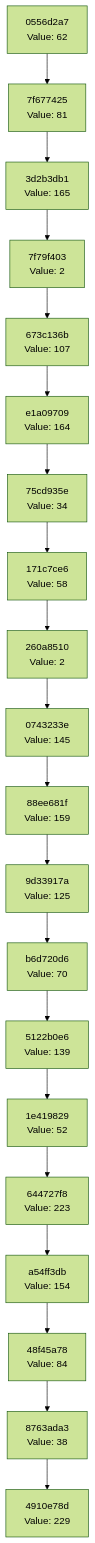
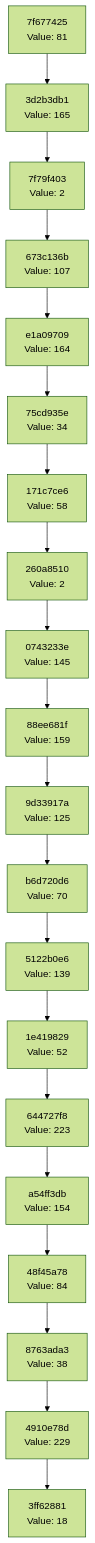
The diagram in docs/CHAIN_VISUALIZATION.md (Abhisheksinha1506/hash-chain-evolver), drawn with Mermaid (forest theme) before and after one commit. The commit also changed 3 other files, not shown here.

````diff
--- a/docs/CHAIN_VISUALIZATION.md
+++ b/docs/CHAIN_VISUALIZATION.md
@@ -3,42 +3,42 @@
 ```mermaid
 graph TD
-    C0["4910e78d<br/>Value: 229"]
-    C1["8763ada3<br/>Value: 38"]
+    C0["3ff62881<br/>Value: 18"]
+    C1["4910e78d<br/>Value: 229"]
     C1 --> C0
-    C2["48f45a78<br/>Value: 84"]
+    C2["8763ada3<br/>Value: 38"]
     C2 --> C1
-    C3["a54ff3db<br/>Value: 154"]
+    C3["48f45a78<br/>Value: 84"]
     C3 --> C2
-    C4["644727f8<br/>Value: 223"]
+    C4["a54ff3db<br/>Value: 154"]
     C4 --> C3
-    C5["1e419829<br/>Value: 52"]
+    C5["644727f8<br/>Value: 223"]
     C5 --> C4
-    C6["5122b0e6<br/>Value: 139"]
+    C6["1e419829<br/>Value: 52"]
     C6 --> C5
-    C7["b6d720d6<br/>Value: 70"]
+    C7["5122b0e6<br/>Value: 139"]
     C7 --> C6
-    C8["9d33917a<br/>Value: 125"]
+    C8["b6d720d6<br/>Value: 70"]
     C8 --> C7
-    C9["88ee681f<br/>Value: 159"]
+    C9["9d33917a<br/>Value: 125"]
     C9 --> C8
-    C10["0743233e<br/>Value: 145"]
+    C10["88ee681f<br/>Value: 159"]
     C10 --> C9
-    C11["260a8510<br/>Value: 2"]
+    C11["0743233e<br/>Value: 145"]
     C11 --> C10
-    C12["171c7ce6<br/>Value: 58"]
+    C12["260a8510<br/>Value: 2"]
     C12 --> C11
-    C13["75cd935e<br/>Value: 34"]
+    C13["171c7ce6<br/>Value: 58"]
     C13 --> C12
-    C14["e1a09709<br/>Value: 164"]
+    C14["75cd935e<br/>Value: 34"]
     C14 --> C13
-    C15["673c136b<br/>Value: 107"]
+    C15["e1a09709<br/>Value: 164"]
     C15 --> C14
-    C16["7f79f403<br/>Value: 2"]
+    C16["673c136b<br/>Value: 107"]
     C16 --> C15
-    C17["3d2b3db1<br/>Value: 165"]
+    C17["7f79f403<br/>Value: 2"]
     C17 --> C16
-    C18["7f677425<br/>Value: 81"]
+    C18["3d2b3db1<br/>Value: 165"]
     C18 --> C17
-    C19["0556d2a7<br/>Value: 62"]
+    C19["7f677425<br/>Value: 81"]
     C19 --> C18
 ```
````
